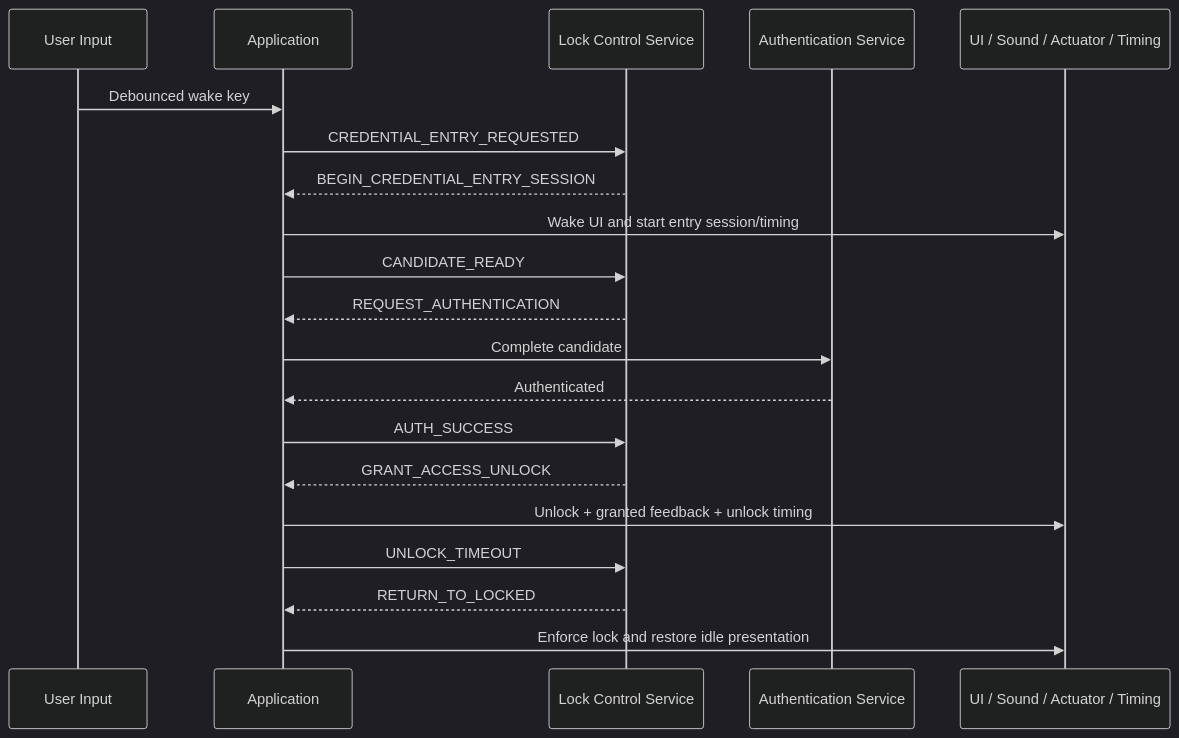
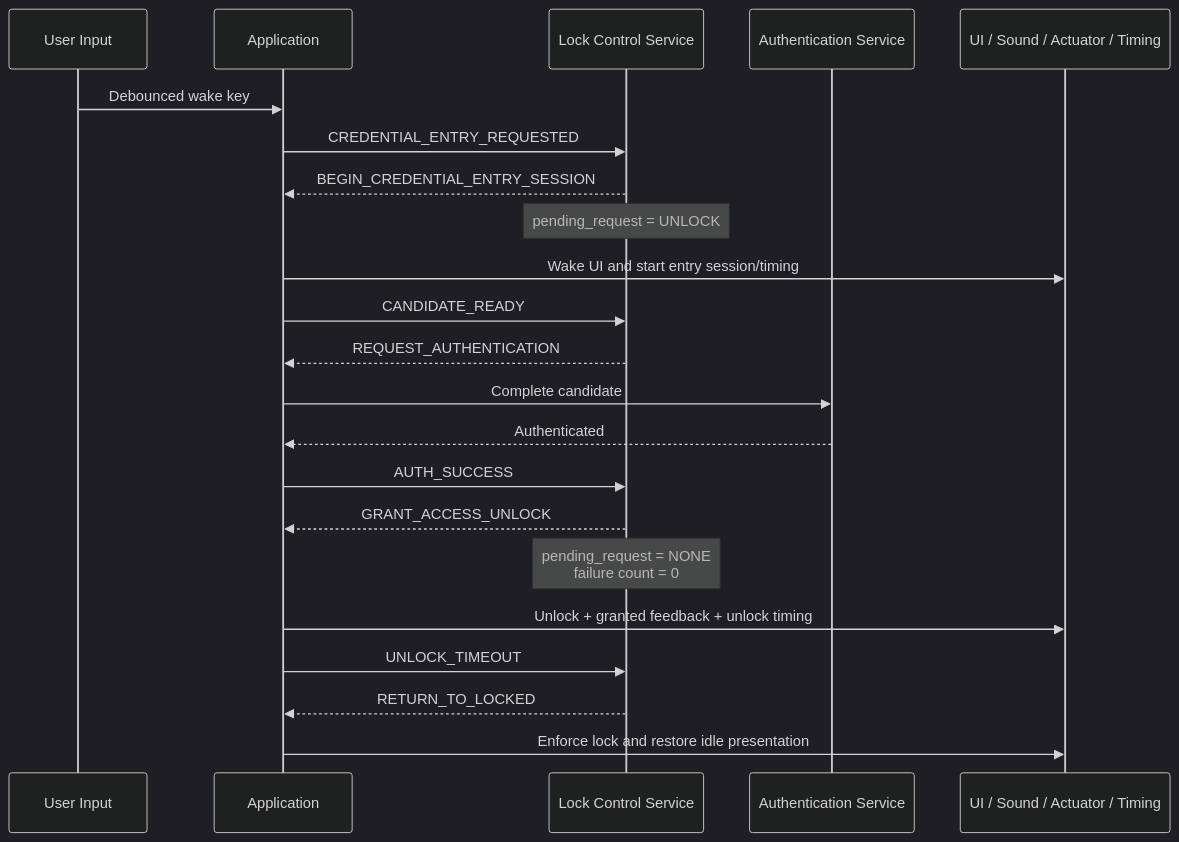
The fourth of 5 diagrams in Libs/Services/Lock_Control/README.md (JP-REY/STM32F103C8T6-Based-Electronic-Lock), drawn with Mermaid (dark theme) before and after one commit. The commit also changed other lines of this file and 6 other files, not shown here.

First line of the commit message:
feature(lock-control): add credential register state and authorization flow

````diff
--- a/Libs/Services/Lock_Control/README.md
+++ b/Libs/Services/Lock_Control/README.md
@@ -789,23 +909,25 @@
 ```mermaid
 sequenceDiagram
     participant U as User Input
     participant APP as Application
     participant LCS as Lock Control Service
     participant AUTH as Authentication Service
     participant FX as UI / Sound / Actuator / Timing
 
     U->>APP: Debounced wake key
     APP->>LCS: CREDENTIAL_ENTRY_REQUESTED
     LCS-->>APP: BEGIN_CREDENTIAL_ENTRY_SESSION
+    Note over LCS: pending_request = UNLOCK
     APP->>FX: Wake UI and start entry session/timing
     APP->>LCS: CANDIDATE_READY
     LCS-->>APP: REQUEST_AUTHENTICATION
     APP->>AUTH: Complete candidate
     AUTH-->>APP: Authenticated
     APP->>LCS: AUTH_SUCCESS
     LCS-->>APP: GRANT_ACCESS_UNLOCK
+    Note over LCS: pending_request = NONE<br/>failure count = 0
     APP->>FX: Unlock + granted feedback + unlock timing
     APP->>LCS: UNLOCK_TIMEOUT
     LCS-->>APP: RETURN_TO_LOCKED
     APP->>FX: Enforce lock and restore idle presentation
 ```
````
